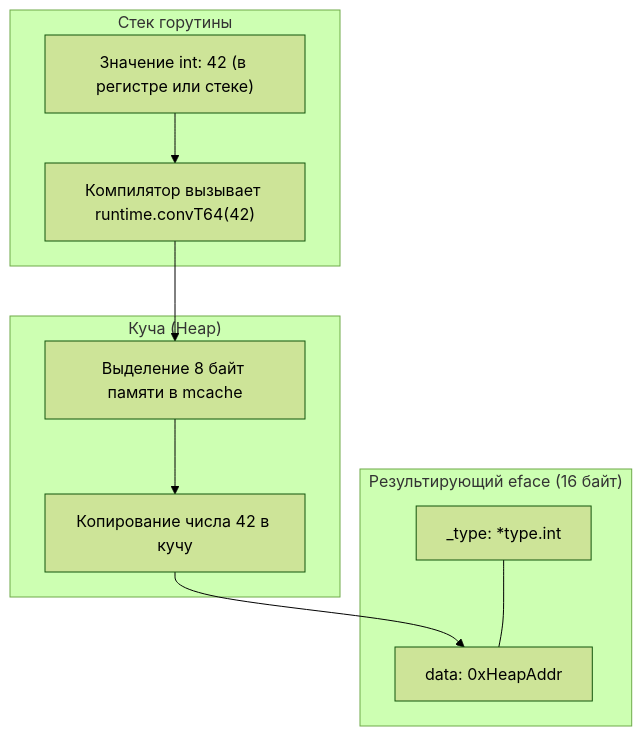
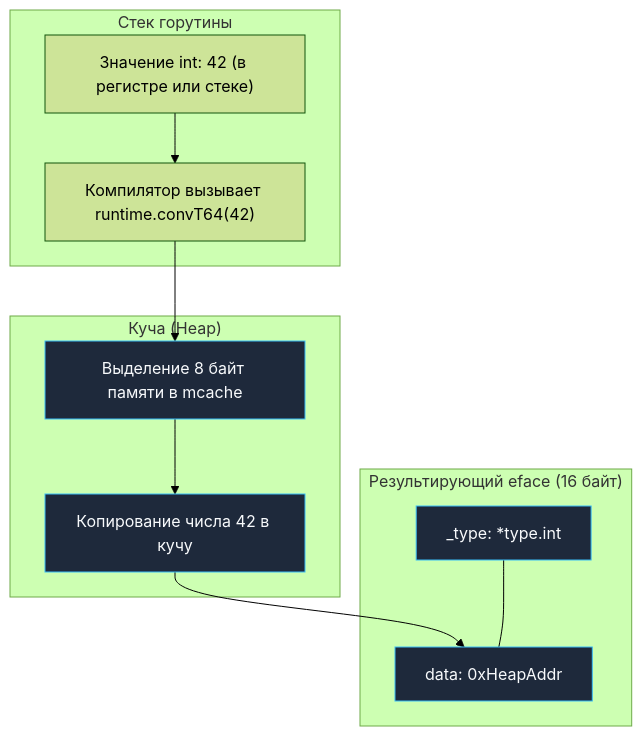
The first of 2 diagrams in sources/7. Глубокий Go (Внутреннее устройство)/36. Interface Boxing и hidden allocation.md (UnrealTemplier/go-textbook), drawn with Mermaid (forest theme) before and after one commit. The commit also changed other lines of this file and 1666 other files, not shown here.

First line of the commit message:
feat(mermaid): add semantic color classDef to 1369 colorless flowchart/graph diagrams

````diff
--- a/sources/7. Глубокий Go (Внутреннее устройство)/36. Interface Boxing и hidden allocation.md
+++ b/sources/7. Глубокий Go (Внутреннее устройство)/36. Interface Boxing и hidden allocation.md
@@ -22,23 +22,33 @@
 ```mermaid
 flowchart TD
+    classDef process  fill:#1e293b,stroke:#38bdf8,stroke-width:1px,color:#f8fafc
+    classDef success  fill:#064e3b,stroke:#34d399,stroke-width:1px,color:#f8fafc
+    classDef error    fill:#7f1d1d,stroke:#f87171,stroke-width:1px,color:#f8fafc
+    classDef warning  fill:#78350f,stroke:#fbbf24,stroke-width:1px,color:#f8fafc
+    classDef entry    fill:#1e3a5f,stroke:#38bdf8,stroke-width:2px,color:#f8fafc
+    classDef aux      fill:#334155,stroke:#64748b,stroke-width:1px,color:#f8fafc
+    classDef system   fill:#312e81,stroke:#a78bfa,stroke-width:1px,color:#f8fafc
+    classDef data     fill:#132d29,stroke:#2dd4bf,stroke-width:1px,color:#f8fafc
+    classDef network  fill:#881337,stroke:#fb7185,stroke-width:1px,color:#f8fafc
+    classDef accent   fill:#1e1b4b,stroke:#818cf8,stroke-width:1px,color:#f8fafc
     subgraph STACK_OP ["Стек горутины"]
         VAL["Значение int: 42 (в регистре или стеке)"]
         BOX["Компилятор вызывает runtime.convT64(42)"]
     end
     
     subgraph HEAP_OP ["Куча (Heap)"]
-        ALLOC["Выделение 8 байт памяти в mcache"]
-        COPY["Копирование числа 42 в кучу"]
+        ALLOC["Выделение 8 байт памяти в mcache"]:::process
+        COPY["Копирование числа 42 в кучу"]:::process
     end
     
     subgraph EFACE_RES ["Результирующий eface (16 байт)"]
-        TYPE_PTR["_type: *type.int"]
-        DATA_PTR["data: 0xHeapAddr"]
+        TYPE_PTR["_type: *type.int"]:::process
+        DATA_PTR["data: 0xHeapAddr"]:::process
     end
     
     VAL --> BOX
     BOX --> ALLOC
     ALLOC --> COPY
     COPY --> DATA_PTR
     TYPE_PTR --- DATA_PTR
 ```
````
